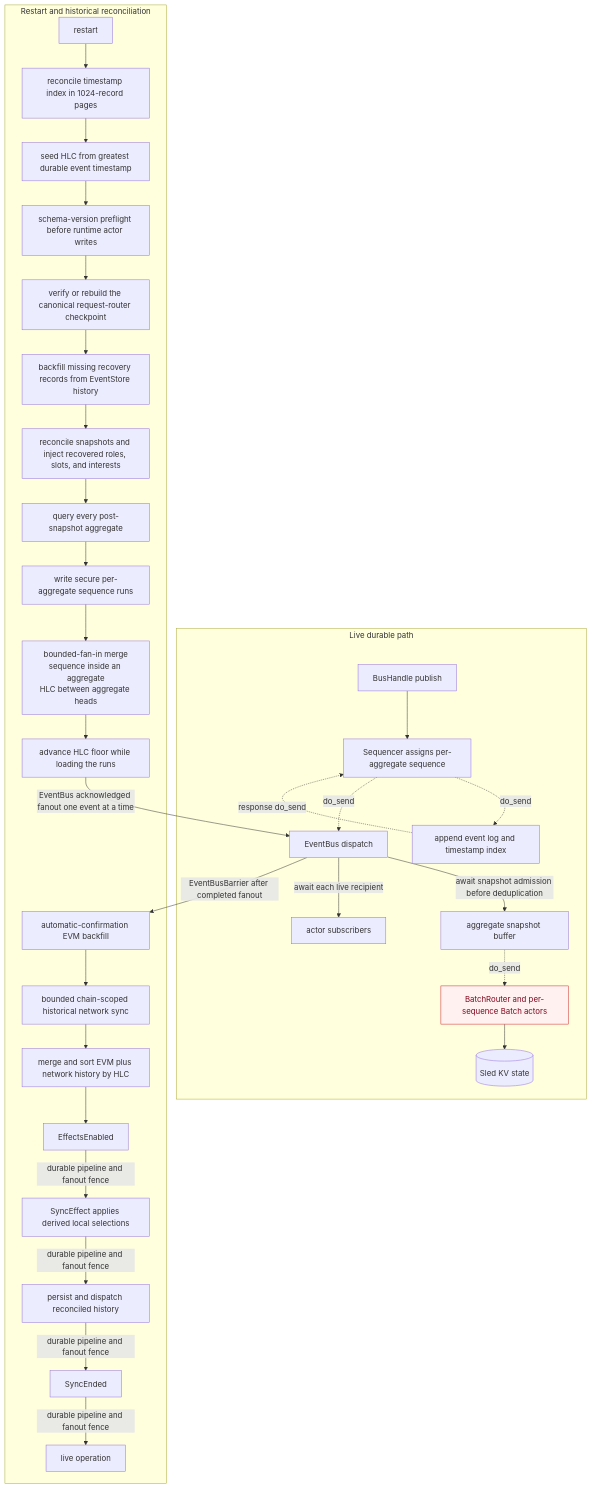
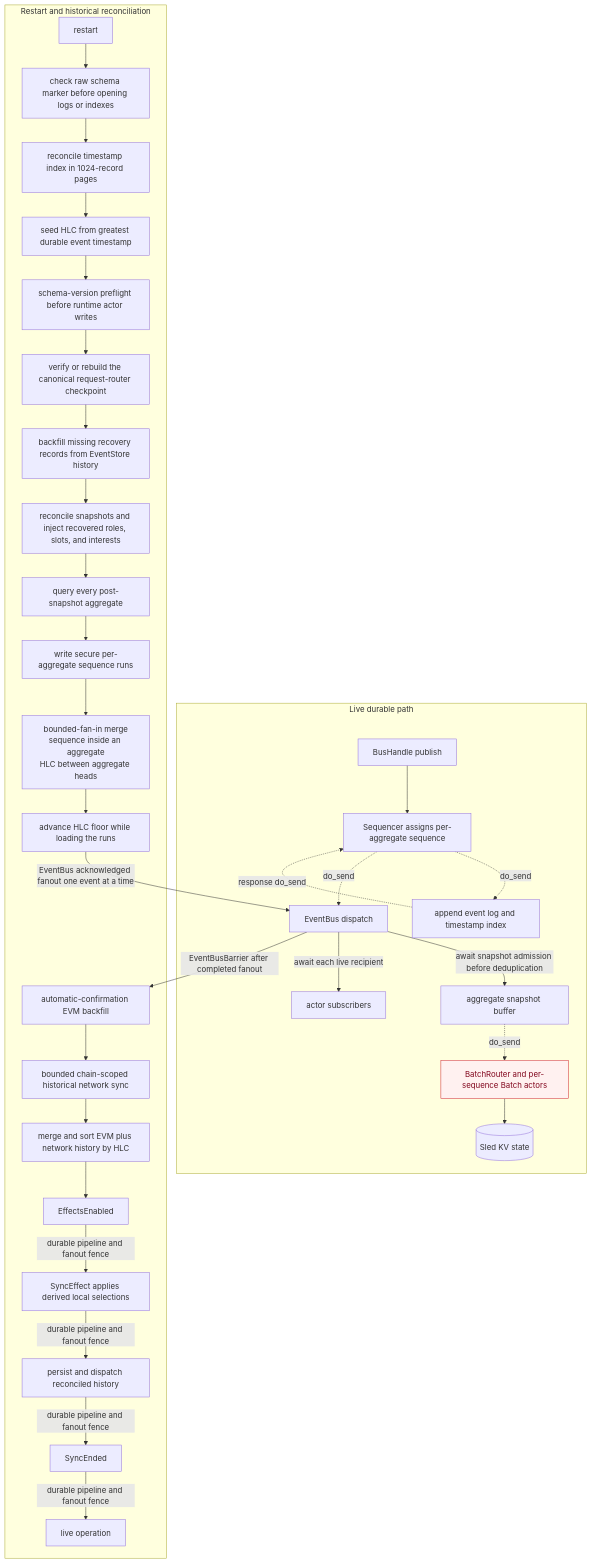
One commit to theinterfold/interfold changed the fifth of 15 diagrams in agent/CRATES_ARCHITECTURE.md. Above: the diagram before and after it, drawn with Mermaid. The commit also changed other lines of this file and 14 other files, not shown here.

First line of the commit message:
fix(sync): check the storage schema before opening event logs

````diff
--- a/agent/CRATES_ARCHITECTURE.md
+++ b/agent/CRATES_ARCHITECTURE.md
@@ -361,38 +362,39 @@
 ```mermaid
 flowchart TD
     subgraph LivePath[Live durable path]
         Publish[BusHandle publish] --> Sequencer[Sequencer assigns per-aggregate sequence]
         Sequencer -. do_send .-> EventStore[append event log and timestamp index]
         EventStore -. response do_send .-> Sequencer
         Sequencer -. do_send .-> Dispatch[EventBus dispatch]
         Dispatch -->|await snapshot admission before deduplication| SnapshotBuffer[aggregate snapshot buffer]
         Dispatch -->|await each live recipient| Subscribers[actor subscribers]
         SnapshotBuffer -. do_send .-> SnapshotRouter[BatchRouter and per-sequence Batch actors]
         SnapshotRouter --> Repositories[(Sled KV state)]
     end
 
     subgraph Recovery[Restart and historical reconciliation]
-        Restart[restart] --> Index[reconcile timestamp index in 1024-record pages]
+        Restart[restart] --> RawSchema[check raw schema marker before opening logs or indexes]
+        RawSchema --> Index[reconcile timestamp index in 1024-record pages]
         Index --> ClockFloor[seed HLC from greatest durable event timestamp]
         ClockFloor --> Schema[schema-version preflight before runtime actor writes]
         Schema --> RouterCursor[verify or rebuild the canonical request-router checkpoint]
         RouterCursor --> Backfill[backfill missing recovery records from EventStore history]
         Backfill --> SnapshotMeta[reconcile snapshots and inject recovered roles, slots, and interests]
         SnapshotMeta --> Query[query every post-snapshot aggregate]
         Query --> Runs[write secure per-aggregate sequence runs]
         Runs --> GlobalOrder[bounded-fan-in merge<br/>sequence inside an aggregate<br/>HLC between aggregate heads]
         GlobalOrder --> ReplayFloor[advance HLC floor while loading the runs]
         ReplayFloor -->|EventBus acknowledged fanout one event at a time| Dispatch
         Dispatch -->|EventBusBarrier after completed fanout| EvmBackfill[automatic-confirmation EVM backfill]
         EvmBackfill --> NetBackfill[bounded chain-scoped historical network sync]
         NetBackfill --> Merge[merge and sort EVM plus network history by HLC]
         Merge --> Enable[EffectsEnabled]
         Enable -->|durable pipeline and fanout fence| Resume[SyncEffect applies derived local selections]
         Resume -->|durable pipeline and fanout fence| PersistHistory[persist and dispatch reconciled history]
         PersistHistory -->|durable pipeline and fanout fence| End[SyncEnded]
         End -->|durable pipeline and fanout fence| Live[live operation]
     end
 
     classDef residual fill:#fff1f0,stroke:#cf222e,color:#82071e
     class SnapshotRouter residual
 ```
````
